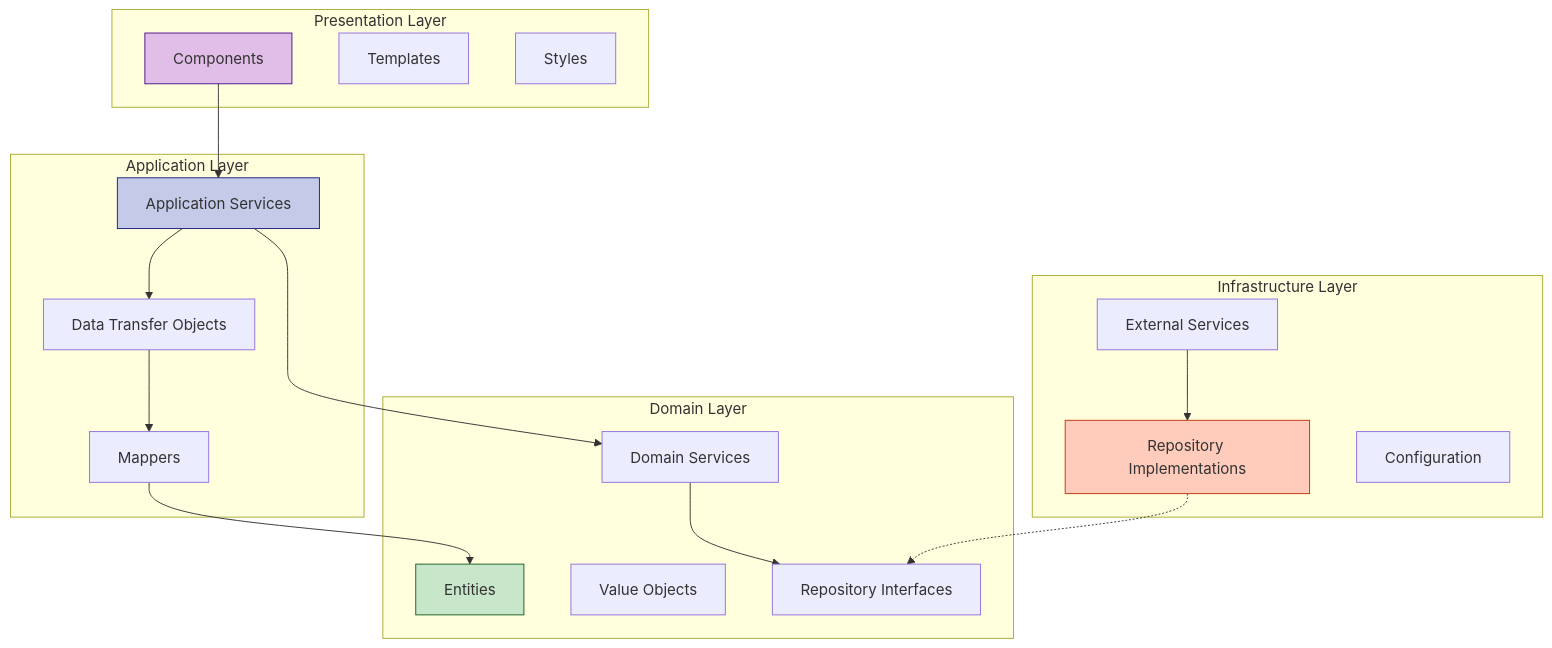
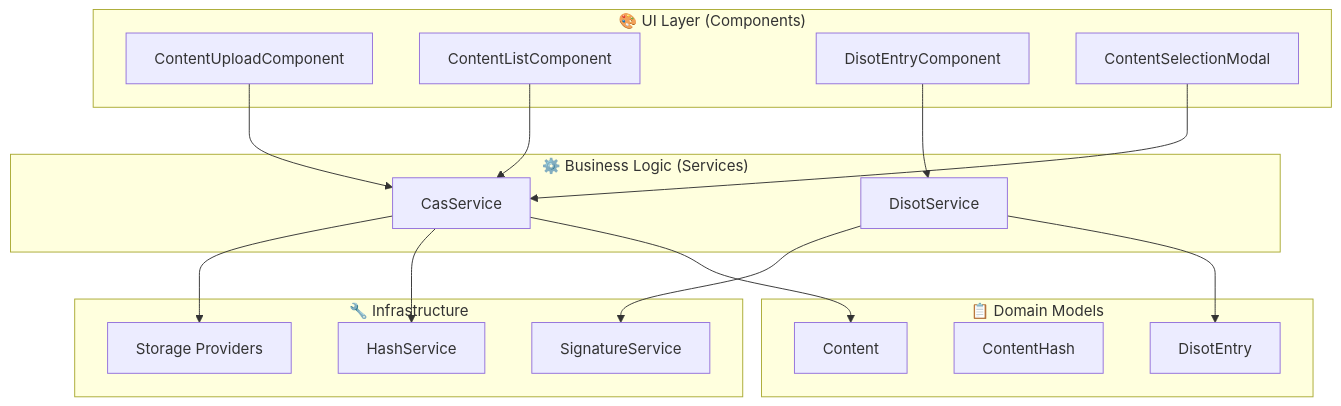
One commit to o2alexanderfedin/angular-cas-disot changed the second of 9 diagrams in docs/architecture/system-architecture.md. Above: the diagram before and after it, drawn with Mermaid. The commit also changed other lines of this file and 18 other files, not shown here.

````diff
--- a/docs/architecture/system-architecture.md
+++ b/docs/architecture/system-architecture.md
@@ -78,41 +52,38 @@
 ```mermaid
 graph TD
-    subgraph "Presentation Layer"
-        COMP[Components]
-        TEMP[Templates]
-        STYLES[Styles]
+    subgraph "🎨 UI Layer (Components)"
+        UPLOAD_C[ContentUploadComponent]
+        LIST_C[ContentListComponent]
+        DISOT_C[DisotEntryComponent]
+        MODAL_C[ContentSelectionModal]
     end
     
-    subgraph "Application Layer"
-        APP_SVC[Application Services]
-        DTO[Data Transfer Objects]
-        MAP[Mappers]
+    subgraph "⚙️ Business Logic (Services)"
+        CAS_S[CasService]
+        DISOT_S[DisotService]
     end
     
-    subgraph "Domain Layer"
-        ENT[Entities]
-        VO[Value Objects]
-        DOM_SVC[Domain Services]
-        REPO[Repository Interfaces]
+    subgraph "🔧 Infrastructure"
+        HASH_I[HashService]
+        SIG_I[SignatureService]
+        STOR_I[Storage Providers]
     end
     
-    subgraph "Infrastructure Layer"
-        IMPL[Repository Implementations]
-        EXT[External Services]
-        CONF[Configuration]
+    subgraph "📋 Domain Models"
+        CONTENT[Content]
+        CHASH[ContentHash]
+        ENTRY[DisotEntry]
     end
     
-    COMP --> APP_SVC
-    APP_SVC --> DTO
-    DTO --> MAP
-    MAP --> ENT
-    APP_SVC --> DOM_SVC
-    DOM_SVC --> REPO
-    IMPL -.-> REPO
-    EXT --> IMPL
+    UPLOAD_C --> CAS_S
+    LIST_C --> CAS_S
+    DISOT_C --> DISOT_S
+    MODAL_C --> CAS_S
     
-    style COMP fill:#e1bee7,stroke:#4a148c
-    style APP_SVC fill:#c5cae9,stroke:#1a237e
-    style ENT fill:#c8e6c9,stroke:#1b5e20
-    style IMPL fill:#ffccbc,stroke:#bf360c
+    CAS_S --> CONTENT
+    DISOT_S --> ENTRY
+    
+    CAS_S --> HASH_I
+    CAS_S --> STOR_I
+    DISOT_S --> SIG_I
 ```
````
